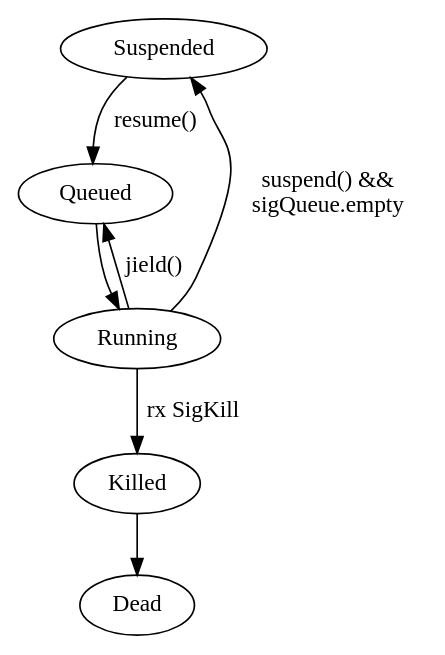
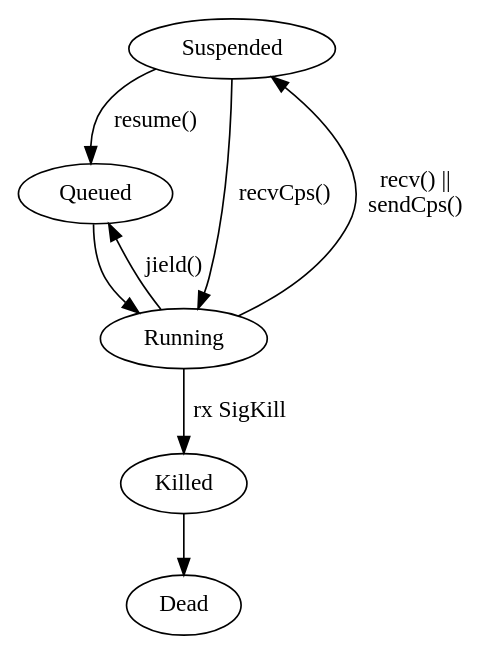
Before and after one commit to zevv/actors: the diagram in doc/flow.dot, drawn with Graphviz. The commit also changed 5 other files, not shown here.

```diff
--- a/doc/flow.dot
+++ b/doc/flow.dot
@@ -1,16 +1,18 @@
 
 digraph dot {
 
 	Suspended -> Queued [ label = "resume()" ];
 
+	Suspended -> Running [ label = "recvCps()" ];
+
 	Queued -> Running;
 
 	Running -> Queued [ label = "jield()" ];
 
-	Running -> Suspended [ label = "suspend() &&\nsigQueue.empty" ];
+	Running -> Suspended [ label = "recv() ||\nsendCps()" ];
 
 	Running -> Killed [ label = "rx SigKill" ];
 
 	Killed -> Dead;
 
 }
```
